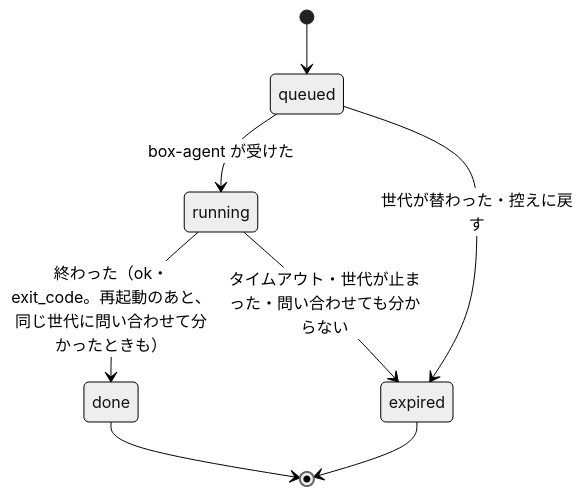
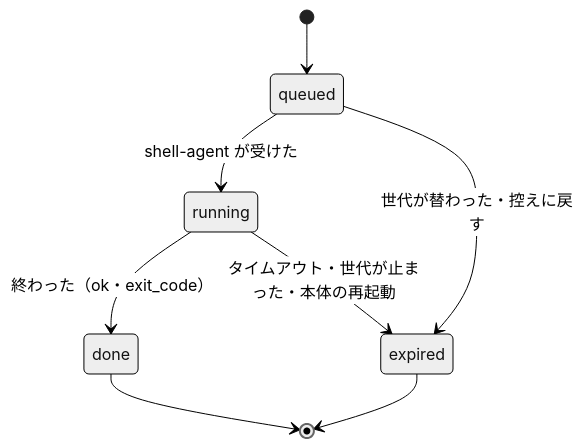
The tenth of 12 diagrams in docs/design/10_diagrams/states.md (itiwoja/agent-team), drawn with Mermaid (neutral theme) before and after one commit. The commit also changed other lines of this file and 34 other files, not shown here.

````diff
--- a/docs/design/10_diagrams/states.md
+++ b/docs/design/10_diagrams/states.md
@@ -126,10 +121,10 @@
 ```mermaid
 stateDiagram-v2
  [*] --> queued
- queued --> running : box-agent が受けた
+ queued --> running : shell-agent が受けた
  queued --> expired : 世代が替わった・控えに戻す
- running --> done : 終わった（ok・exit_code。再起動のあと、同じ世代に問い合わせて分かったときも）
- running --> expired : タイムアウト・世代が止まった・問い合わせても分からない
+ running --> done : 終わった（ok・exit_code）
+ running --> expired : タイムアウト・世代が止まった・本体の再起動
  done --> [*]
  expired --> [*]
 ```
````
